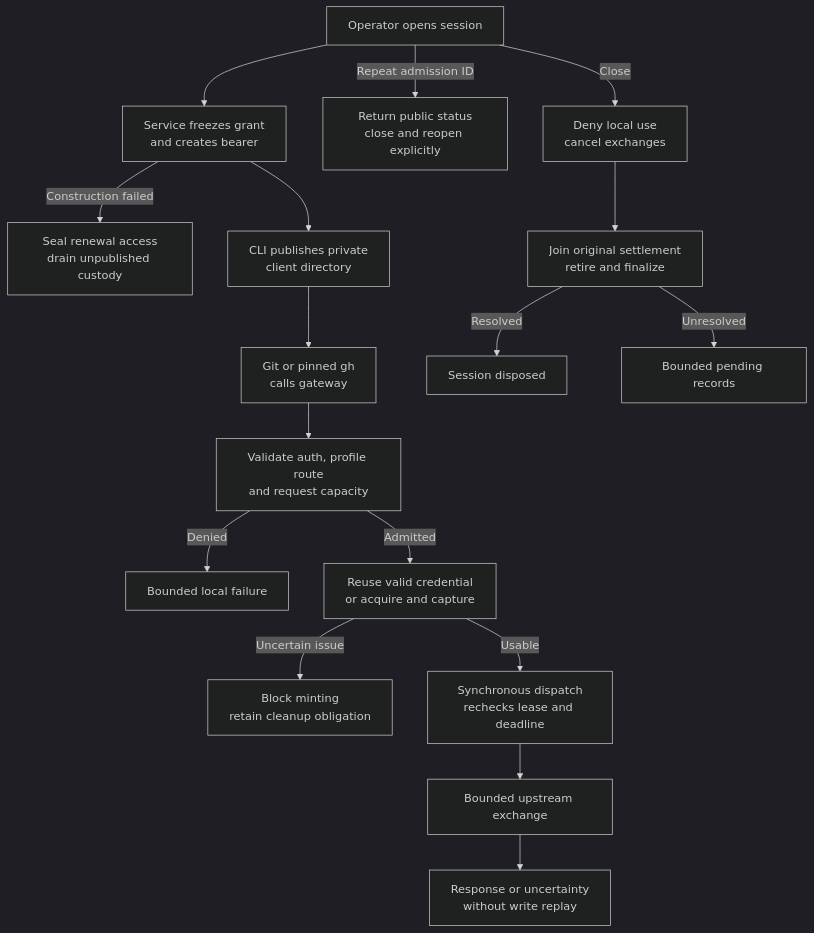
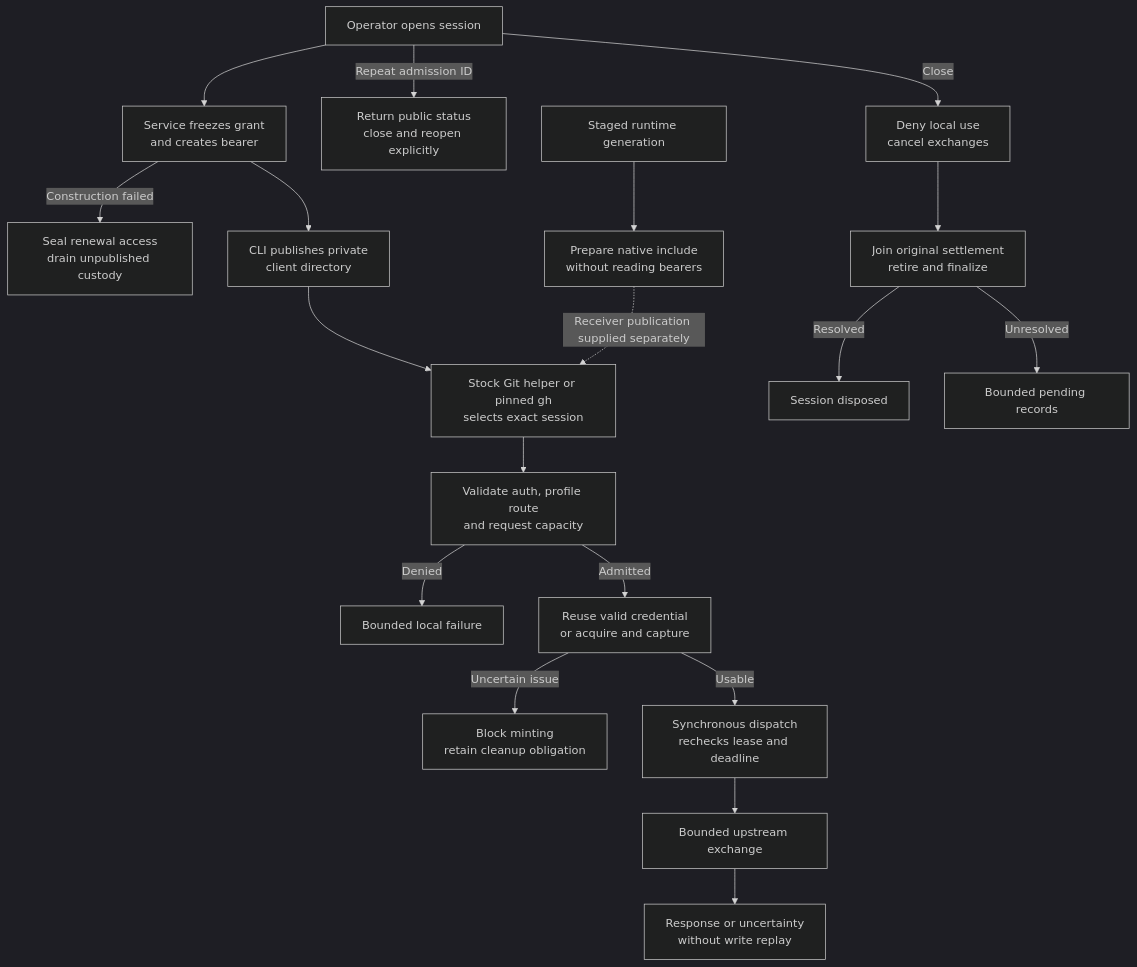
One commit to IsaiahStapleton/openclaw-enterprise changed the diagram in docs/flows/repository-credentials.md. Above: the diagram before and after it, drawn with Mermaid (dark theme). The commit also changed other lines of this file and 18 other files, not shown here.

Commit message:
feat(repo): use native Git configuration and manifest credential selection

````diff
--- a/docs/flows/repository-credentials.md
+++ b/docs/flows/repository-credentials.md
@@ -30,19 +30,21 @@
 ```mermaid
 graph TD
   Operator["Operator opens session"] --> Admission["Service freezes grant<br/>and creates bearer"]
   Admission -->|Construction failed| ConstructionCleanup["Seal renewal access<br/>drain unpublished custody"]
   Operator -->|Repeat admission ID| Recovery["Return public status<br/>close and reopen explicitly"]
   Admission --> Files["CLI publishes private<br/>client directory"]
-  Files --> Client["Git or pinned gh<br/>calls gateway"]
+  Files --> Client["Stock Git helper or pinned gh<br/>selects exact session"]
+  Staged["Staged runtime generation"] --> Native["Prepare native include<br/>without reading bearers"]
+  Native -.->|Receiver publication supplied separately| Client
   Client --> Route["Validate auth, profile route<br/>and request capacity"]
   Route -->|Denied| Denial["Bounded local failure"]
   Route -->|Admitted| Credential["Reuse valid credential<br/>or acquire and capture"]
   Credential -->|Uncertain issue| Blocked["Block minting<br/>retain cleanup obligation"]
   Credential -->|Usable| Gate["Synchronous dispatch<br/>rechecks lease and deadline"]
   Gate --> Upstream["Bounded upstream exchange"]
   Upstream --> Result["Response or uncertainty<br/>without write replay"]
   Operator -->|Close| Closed["Deny local use<br/>cancel exchanges"]
   Closed --> Cleanup["Join original settlement<br/>retire and finalize"]
   Cleanup -->|Resolved| Disposed["Session disposed"]
   Cleanup -->|Unresolved| Pending["Bounded pending records"]
 ```
````
